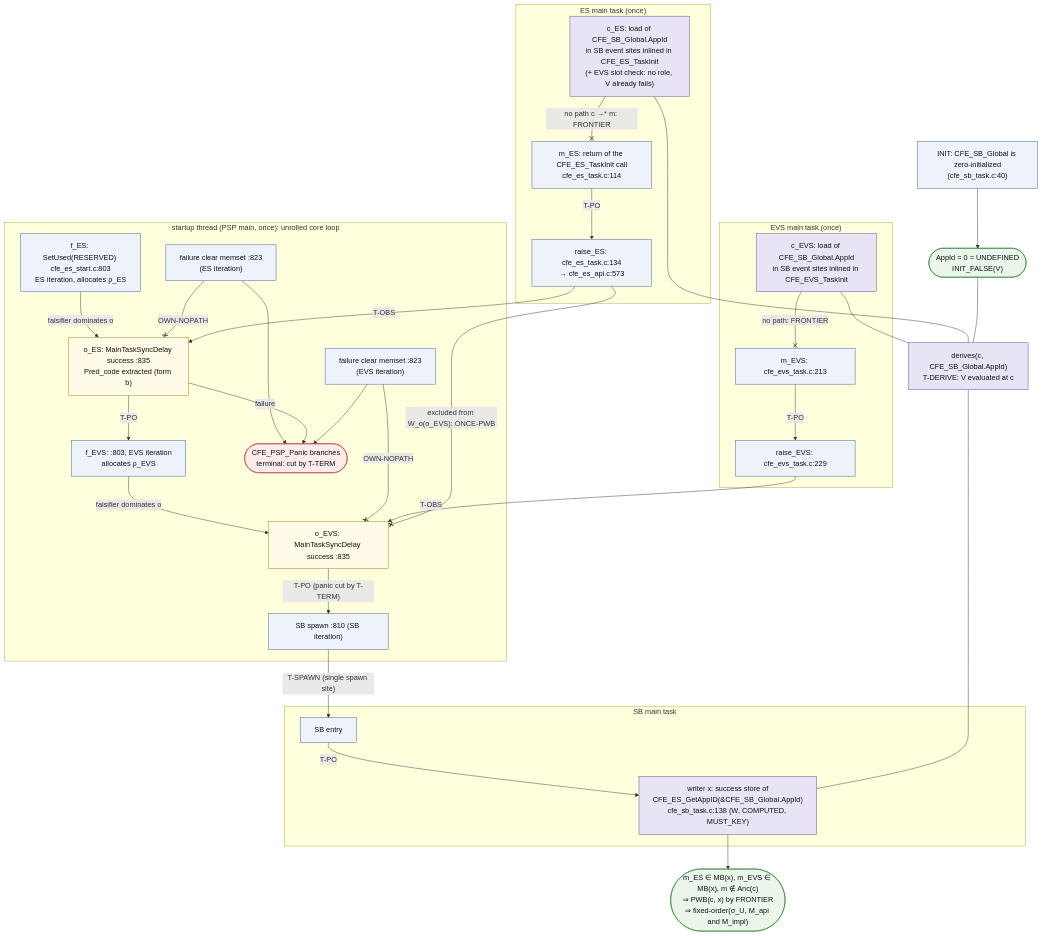
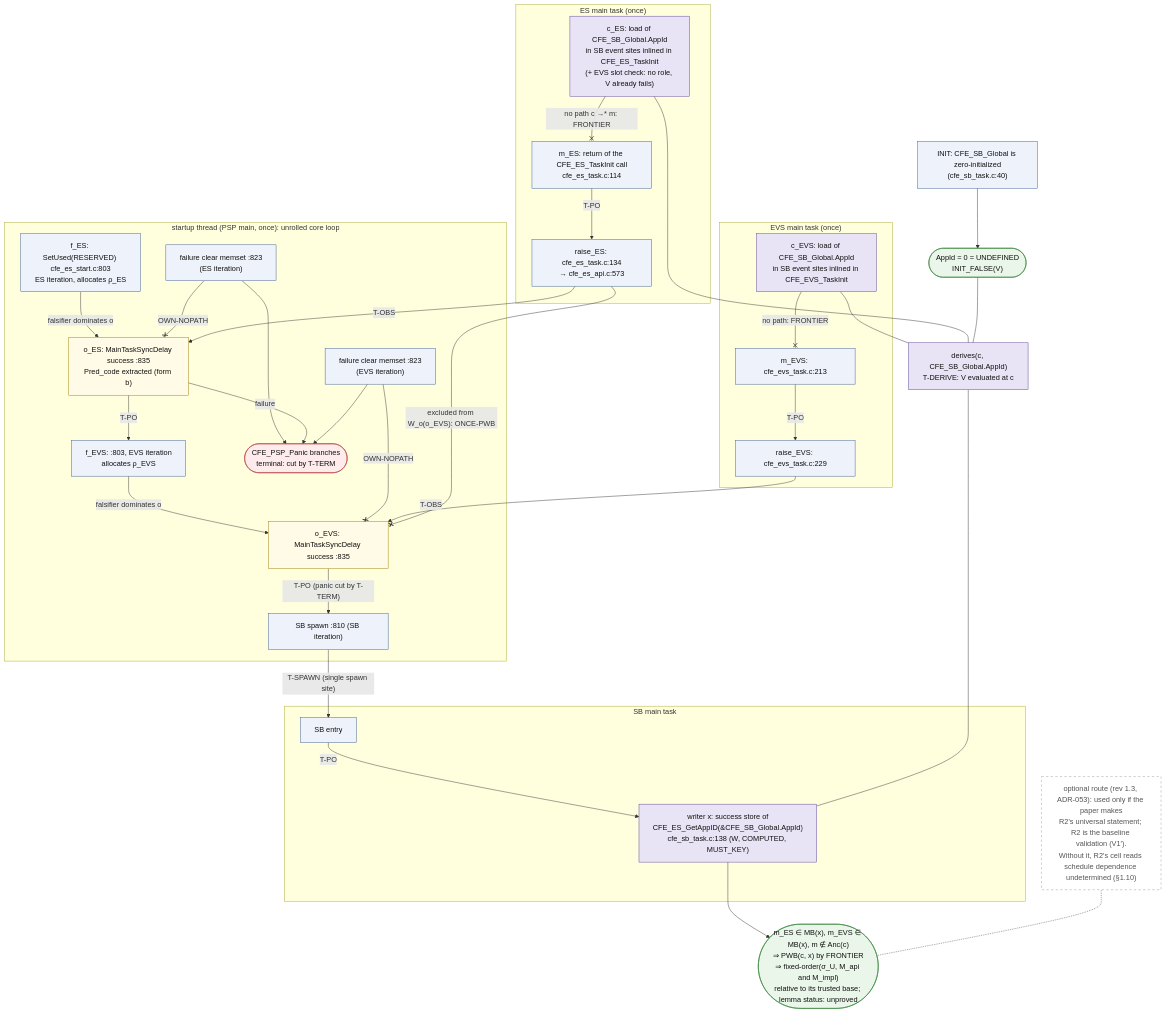
One commit to wookjaeya/Shape-Perf changed the third of 5 diagrams in research/cfs_procrace/Architecture/05_cfs_mapping.md. Above: the diagram before and after it, drawn with Mermaid. The commit also changed other lines of this file and 41 other files, not shown here.

First line of the commit message:
rev 1.3 diagrams: D0-D4, D6-D9 updated and re-rendered (mermaid-cli 11.17.0); diagrams README at rev 1.3; embedded figure blocks in 01-10 synced with the sources

````diff
--- a/research/cfs_procrace/Architecture/05_cfs_mapping.md
+++ b/research/cfs_procrace/Architecture/05_cfs_mapping.md
@@ -832,7 +832,8 @@
 ```mermaid
 flowchart TD
     %% D8 overview - the R2 FIXED_ORDER certificate (ES and EVS halves), expected behaviour; nothing was run.
-    %% Source: spec §12 D8; App. A.1; §4.4, §4.5. Writer lists: D8_r2_certificate_writers.mmd.
+    %% Source: spec §12 D8; App. A.1 (rev 1.3 head note); §4.4, §4.5, §6.2. Writer lists: D8_r2_certificate_writers.mmd.
+    %% Rev 1.3 (ADR-053, ADR-057): R2 is the baseline validation (rung V1′); this certificate is the optional route for the universal statement.
     %% Edge labels name the rule. "--x" = excluded / no path (the rule named on the edge proves it).
 
     INIT["INIT: CFE_SB_Global is zero-initialized<br/>(cfe_sb_task.c:40)"]
@@ -867,7 +868,8 @@
     end
 
     DER["derives(c, CFE_SB_Global.AppId)<br/>T-DERIVE: V evaluated at c"]
-    RESULT(["m_ES ∈ MB(x), m_EVS ∈ MB(x), m ∉ Anc(c)<br/>⇒ PWB(c, x) by FRONTIER<br/>⇒ fixed-order(σ_U, M_api and M_impl)"])
+    RESULT(["m_ES ∈ MB(x), m_EVS ∈ MB(x), m ∉ Anc(c)<br/>⇒ PWB(c, x) by FRONTIER<br/>⇒ fixed-order(σ_U, M_api and M_impl)<br/>relative to its trusted base; lemma status: unproved"])
+    OPT["optional route (rev 1.3, ADR-053): used only if the paper makes<br/>R2's universal statement; R2 is the baseline validation (V1′).<br/>Without it, R2's cell reads schedule dependence undetermined (§1.10)"]
 
     INIT --> V0
     FES -->|"falsifier dominates o"| OES
@@ -895,6 +897,7 @@
     DER --- WX
     V0 --- DER
     WX --> RESULT
+    OPT -.- RESULT
 
     classDef comp fill:#eef3fb,stroke:#3b5b92,color:#111
     classDef obs fill:#fffbe6,stroke:#a07a00,color:#111
@@ -906,4 +909,6 @@
     class PAN term
     class RESULT,V0 res
     class CES,CEV,WX,DER cap
+    classDef note fill:#ffffff,stroke:#999,stroke-dasharray:5 5,color:#555
+    class OPT note
 ```
````
